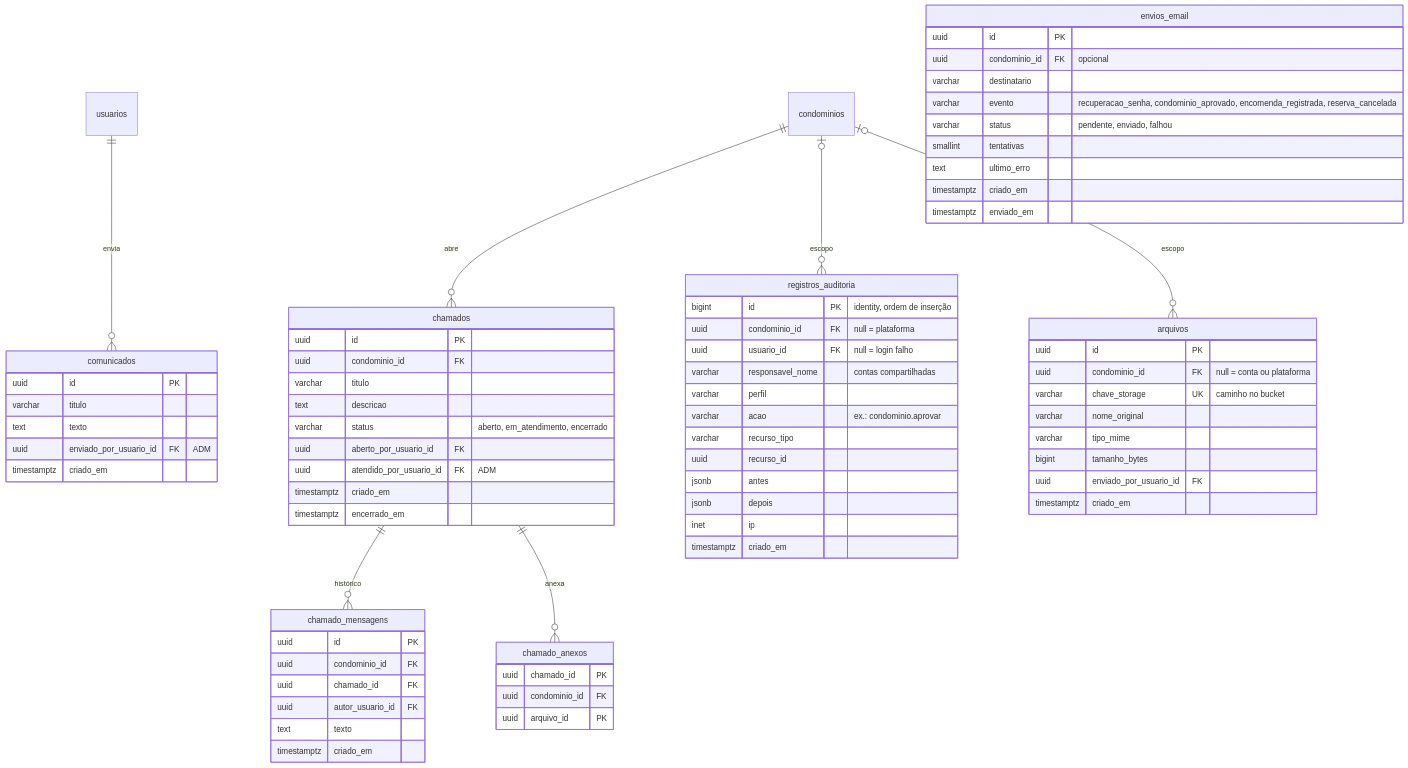
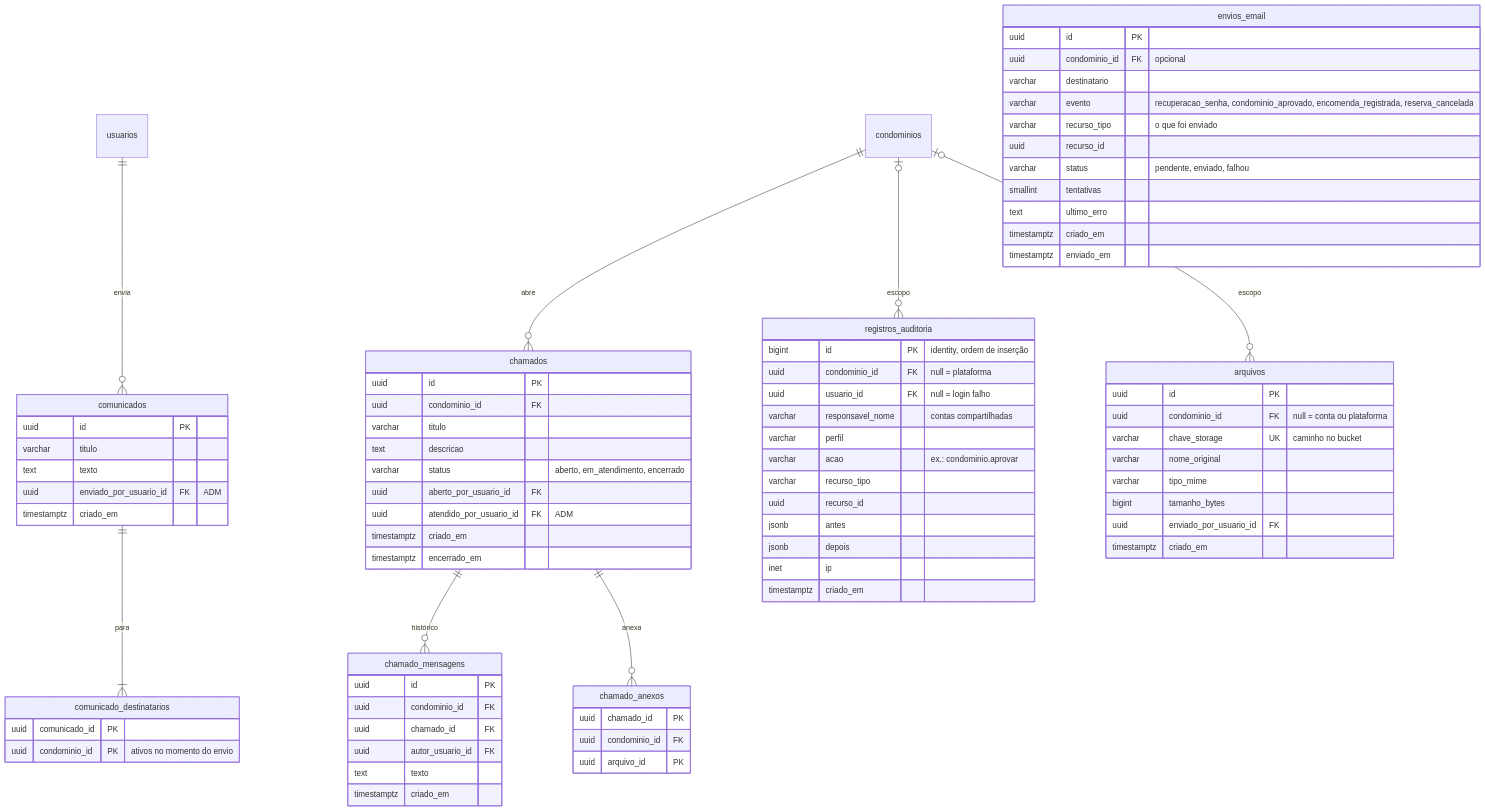
One commit to Eduardocin/sistema-gestao-condominios changed the fifth of 5 diagrams in docs/modelo-de-dados.md. Above: the diagram before and after it, drawn with Mermaid. The commit also changed other lines of this file and 37 other files, not shown here.

```diff
--- a/docs/modelo-de-dados.md
+++ b/docs/modelo-de-dados.md
@@ -379,6 +382,7 @@
     chamados ||--o{ chamado_mensagens : "histórico"
     chamados ||--o{ chamado_anexos : "anexa"
     usuarios ||--o{ comunicados : "envia"
+    comunicados ||--|{ comunicado_destinatarios : "para"
     condominios |o--o{ registros_auditoria : "escopo"
     condominios |o--o{ arquivos : "escopo"
 
@@ -388,6 +392,10 @@
         text texto
         uuid enviado_por_usuario_id FK "ADM"
         timestamptz criado_em
+    }
+    comunicado_destinatarios {
+        uuid comunicado_id PK
+        uuid condominio_id PK "ativos no momento do envio"
     }
     chamados {
         uuid id PK
@@ -432,6 +440,8 @@
         uuid condominio_id FK "opcional"
         varchar destinatario
         varchar evento "recuperacao_senha, condominio_aprovado, encomenda_registrada, reserva_cancelada"
+        varchar recurso_tipo "o que foi enviado"
+        uuid recurso_id
         varchar status "pendente, enviado, falhou"
         smallint tentativas
         text ultimo_erro
```
